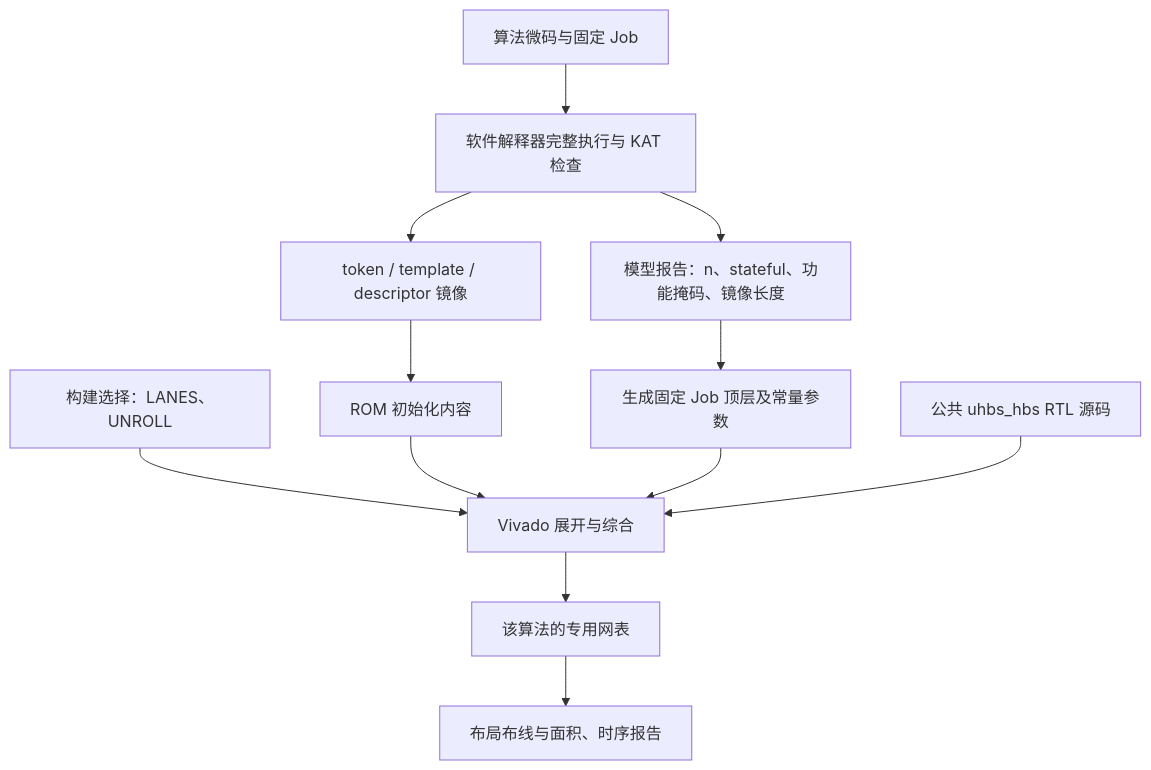
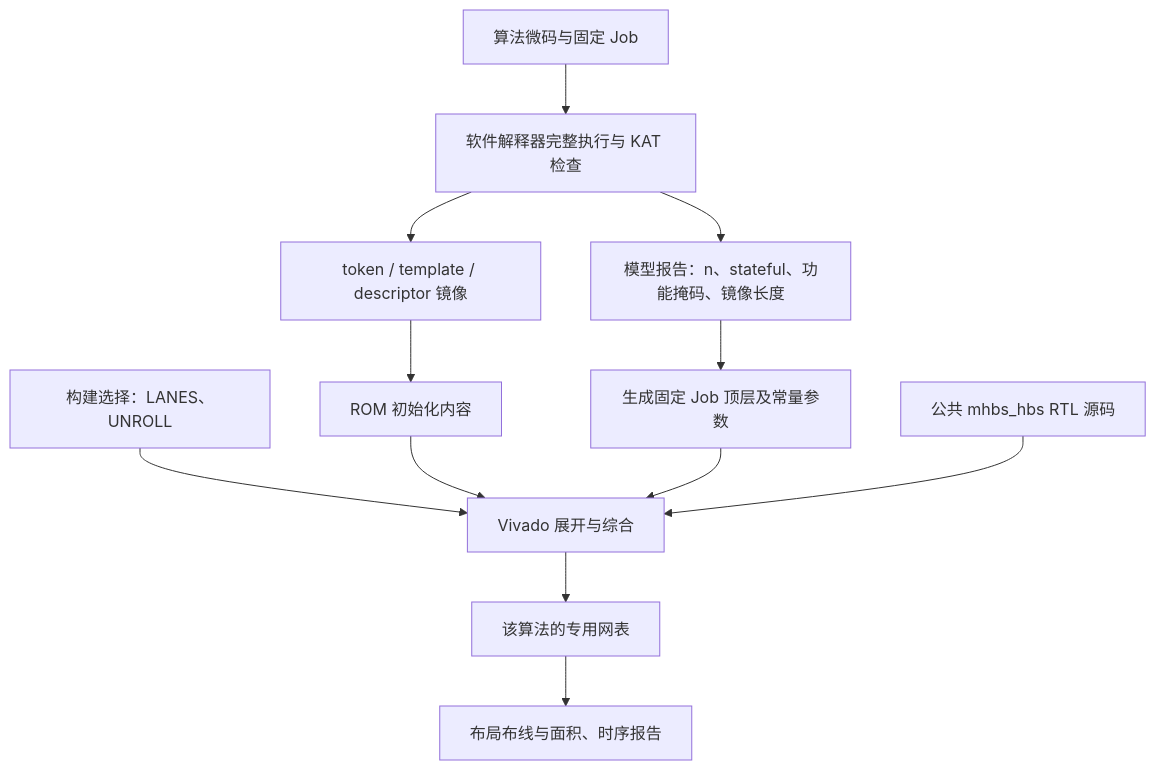
One commit to MoonGrt/mHBS changed the first of 2 diagrams in docs/Why_Microcode_Affects_Hardware.md. Above: the diagram before and after it, drawn with Mermaid. The commit also changed other lines of this file and 274 other files, not shown here.

Commit message:
uhbs -> mhbs

````diff
--- a/docs/Why_Microcode_Affects_Hardware.md
+++ b/docs/Why_Microcode_Affects_Hardware.md
@@ -74,14 +74,14 @@
 ```mermaid
 flowchart TD
     A[算法微码与固定 Job] --> B[软件解释器完整执行与 KAT 检查]
     B --> C[token / template / descriptor 镜像]
     B --> D[模型报告：n、stateful、功能掩码、镜像长度]
     C --> E[ROM 初始化内容]
     D --> F[生成固定 Job 顶层及常量参数]
     G[构建选择：LANES、UNROLL] --> H[Vivado 展开与综合]
     E --> H
     F --> H
-    I[公共 uhbs_hbs RTL 源码] --> H
+    I[公共 mhbs_hbs RTL 源码] --> H
     H --> J[该算法的专用网表]
     J --> K[布局布线与面积、时序报告]
 ```
````
